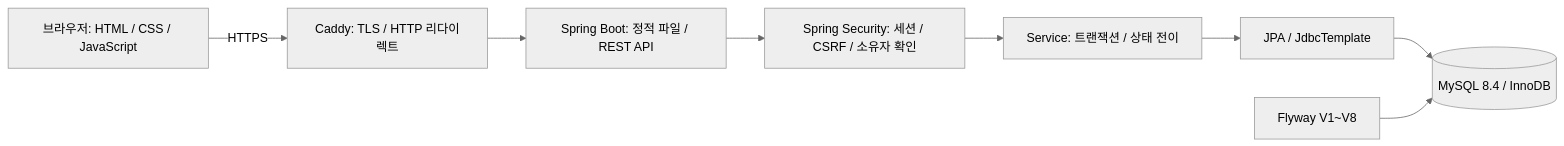
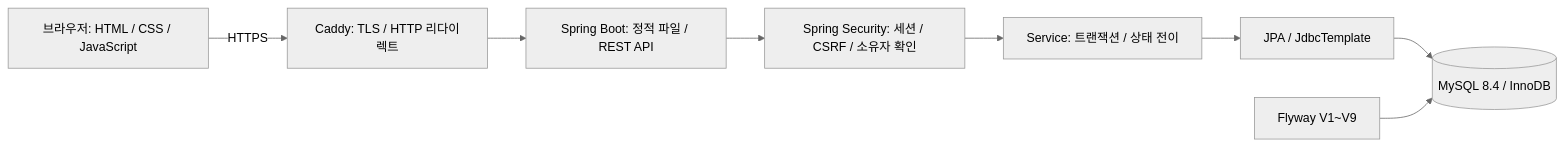
Before and after one commit to zeroziba9-hash/order-stock-service: the first of 2 diagrams in docs/portfolio.md, drawn with Mermaid (neutral theme). The commit also changed other lines of this file and 32 other files, not shown here.

````diff
--- a/docs/portfolio.md
+++ b/docs/portfolio.md
@@ -15,10 +15,10 @@
 ```mermaid
 flowchart LR
     Browser["브라우저: HTML / CSS / JavaScript"] -->|HTTPS| Caddy["Caddy: TLS / HTTP 리다이렉트"]
     Caddy --> App["Spring Boot: 정적 파일 / REST API"]
     App --> Security["Spring Security: 세션 / CSRF / 소유자 확인"]
     Security --> Service["Service: 트랜잭션 / 상태 전이"]
     Service --> Repository["JPA / JdbcTemplate"]
     Repository --> DB[("MySQL 8.4 / InnoDB")]
-    Flyway["Flyway V1~V8"] --> DB
+    Flyway["Flyway V1~V9"] --> DB
 ```
````
